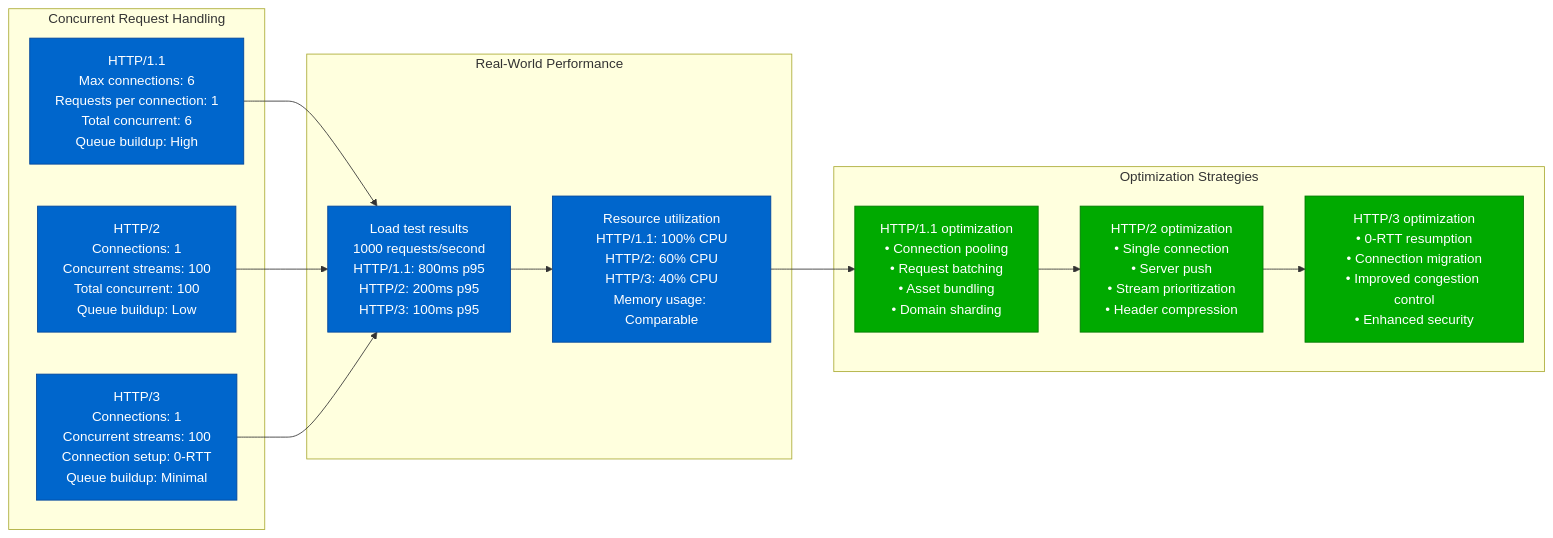
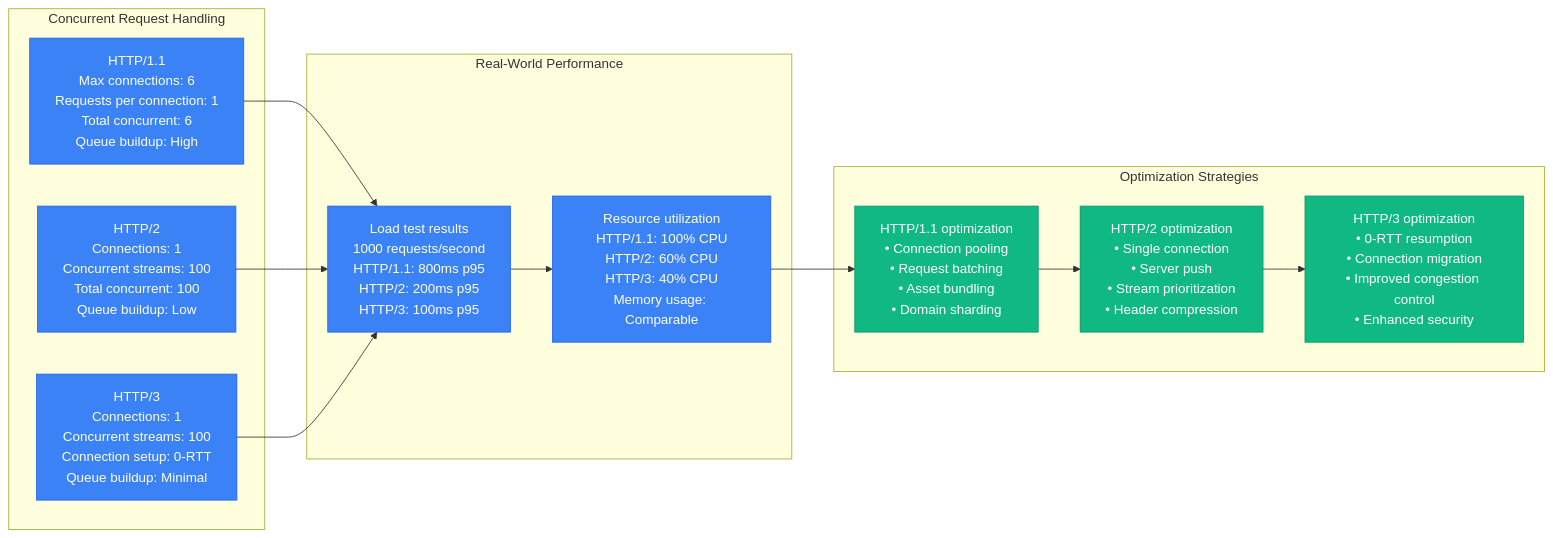
One commit to deepaucksharma/DS changed the second of 11 diagrams in site/docs/performance/rest-api-performance-profile.md. Above: the diagram before and after it, drawn with Mermaid. The commit also changed other lines of this file and 303 other files, not shown here.

````diff
--- a/site/docs/performance/rest-api-performance-profile.md
+++ b/site/docs/performance/rest-api-performance-profile.md
@@ -54,38 +54,38 @@
 ```mermaid
 graph LR
     subgraph "Concurrent Request Handling"
         CONCURRENT1[HTTP/1.1<br/>Max connections: 6<br/>Requests per connection: 1<br/>Total concurrent: 6<br/>Queue buildup: High]
 
         CONCURRENT2[HTTP/2<br/>Connections: 1<br/>Concurrent streams: 100<br/>Total concurrent: 100<br/>Queue buildup: Low]
 
         CONCURRENT3[HTTP/3<br/>Connections: 1<br/>Concurrent streams: 100<br/>Connection setup: 0-RTT<br/>Queue buildup: Minimal]
     end
 
     subgraph "Real-World Performance"
         REAL1[Load test results<br/>1000 requests/second<br/>HTTP/1.1: 800ms p95<br/>HTTP/2: 200ms p95<br/>HTTP/3: 100ms p95]
 
         REAL2[Resource utilization<br/>HTTP/1.1: 100% CPU<br/>HTTP/2: 60% CPU<br/>HTTP/3: 40% CPU<br/>Memory usage: Comparable]
     end
 
     subgraph "Optimization Strategies"
         OPT1[HTTP/1.1 optimization<br/>• Connection pooling<br/>• Request batching<br/>• Asset bundling<br/>• Domain sharding]
 
         OPT2[HTTP/2 optimization<br/>• Single connection<br/>• Server push<br/>• Stream prioritization<br/>• Header compression]
 
         OPT3[HTTP/3 optimization<br/>• 0-RTT resumption<br/>• Connection migration<br/>• Improved congestion control<br/>• Enhanced security]
     end
 
     CONCURRENT1 --> REAL1
     CONCURRENT2 --> REAL1
     CONCURRENT3 --> REAL1
     REAL1 --> REAL2
     REAL2 --> OPT1
     OPT1 --> OPT2
     OPT2 --> OPT3
 
-    classDef performanceStyle fill:#0066CC,stroke:#004499,color:#fff
-    classDef optimizationStyle fill:#00AA00,stroke:#007700,color:#fff
+    classDef performanceStyle fill:#3B82F6,stroke:#2563EB,color:#fff
+    classDef optimizationStyle fill:#10B981,stroke:#059669,color:#fff
 
     class CONCURRENT1,CONCURRENT2,CONCURRENT3,REAL1,REAL2 performanceStyle
     class OPT1,OPT2,OPT3 optimizationStyle
 ```
````
